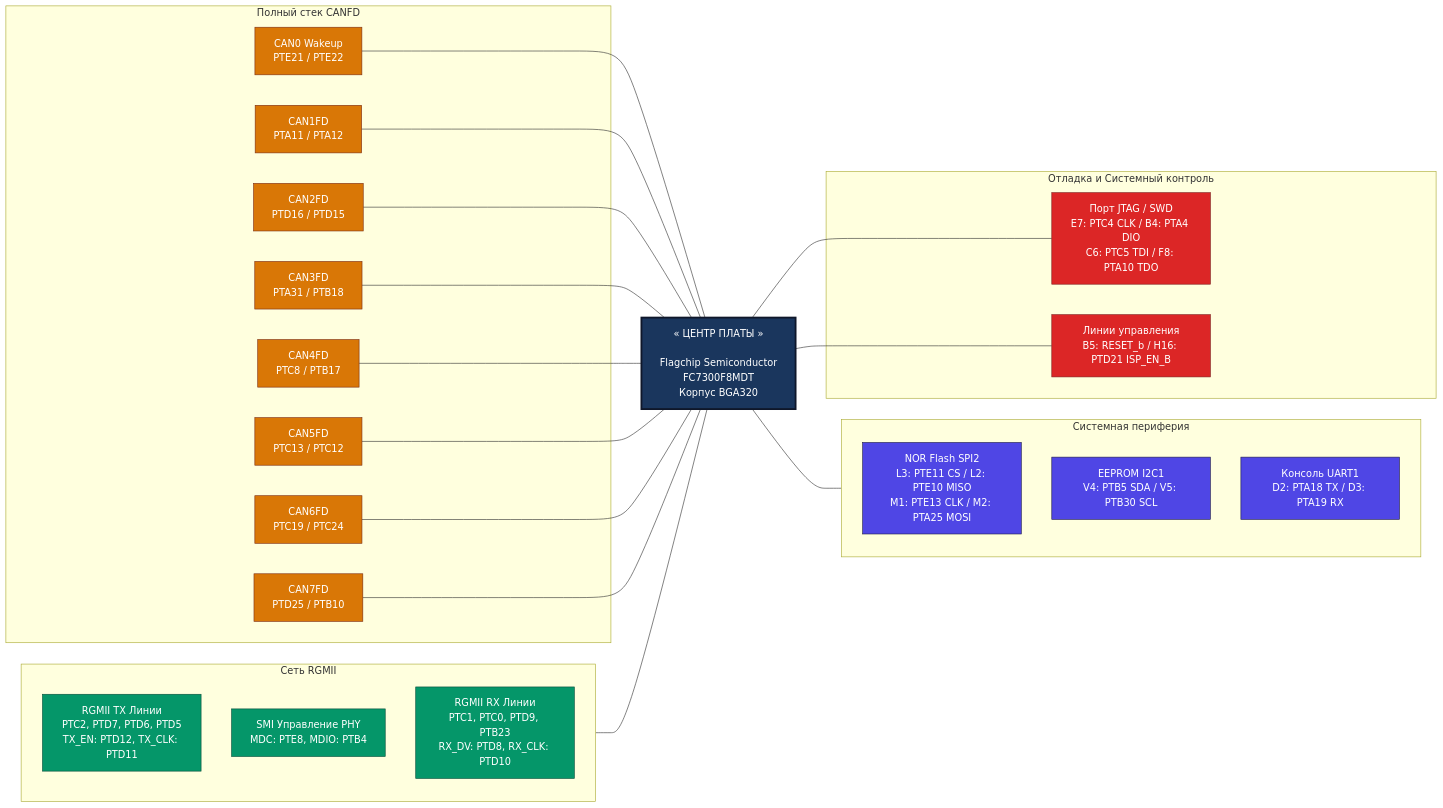
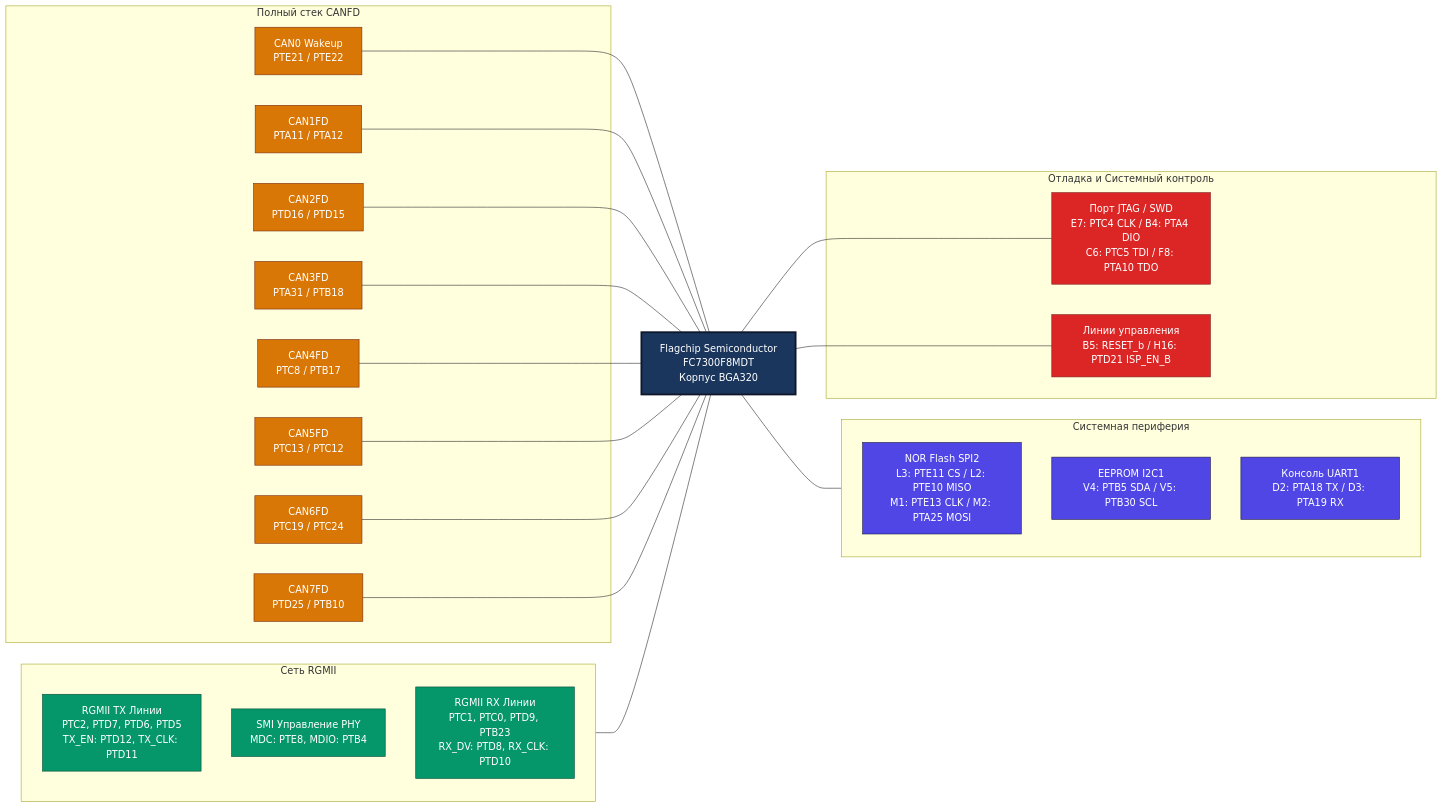
The diagram in hardware/schematics/fc7300-hat-fbd.md (sdyspb/can-fd-logger), drawn with Mermaid before and after one commit.

````diff
--- a/hardware/schematics/fc7300-hat-fbd.md
+++ b/hardware/schematics/fc7300-hat-fbd.md
@@ -3,72 +3,72 @@
 ```mermaid
 graph LR
     %% Стилизация компонентов
     classDef mcu fill:#1a365d,stroke:#0f172a,stroke-width:3px,color:#ffffff;
     classDef can fill:#d97706,stroke:#7c2d12,stroke-width:1px,color:#ffffff;
     classDef eth fill:#059669,stroke:#064e3b,stroke-width:1px,color:#ffffff;
     classDef debug fill:#dc2626,stroke:#7f1d1d,stroke-width:1px,color:#ffffff;
     classDef peri fill:#4f46e5,stroke:#1e1b4b,stroke-width:1px,color:#ffffff;
 
     %% -------------------------------------------------------------
     %% ИНТЕРФЕЙСЫ CANFD
     %% -------------------------------------------------------------
     subgraph CANFD_Stack [Полный стек CANFD]
         CAN_W[CAN0 Wakeup<br>PTE21 / PTE22]:::can
         CAN1[CAN1FD<br>PTA11 / PTA12]:::can
         CAN2[CAN2FD<br>PTD16 / PTD15]:::can
         CAN3[CAN3FD<br>PTA31 / PTB18]:::can
         CAN4[CAN4FD<br>PTC8 / PTB17]:::can
         CAN5[CAN5FD<br>PTC13 / PTC12]:::can
         CAN6[CAN6FD<br>PTC19 / PTC24]:::can
         CAN7[CAN7FD<br>PTD25 / PTB10]:::can
     end
 
     %% -------------------------------------------------------------
     %% СЕТЕВОЙ ИНТЕРФЕЙС ETHERNET
     %% -------------------------------------------------------------
     subgraph ETH_Stack [Сеть RGMII]
         RGMII_TX[RGMII TX Линии<br>PTC2, PTD7, PTD6, PTD5<br>TX_EN: PTD12, TX_CLK: PTD11]:::eth
         SMI_MGMT[SMI Управление PHY<br>MDC: PTE8, MDIO: PTB4]:::eth
         RGMII_RX[RGMII RX Линии<br>PTC1, PTC0, PTD9, PTB23<br>RX_DV: PTD8, RX_CLK: PTD10]:::eth
     end
 
     %% -------------------------------------------------------------
     %% ЦЕНТРАЛЬНЫЙ ПРОЦЕССОР
     %% -------------------------------------------------------------
-    MCU[« ЦЕНТР ПЛАТЫ »<br><br>Flagchip Semiconductor<br>FC7300F8MDT<br>Корпус BGA320]:::mcu
+    MCU[Flagchip Semiconductor<br>FC7300F8MDT<br>Корпус BGA320]:::mcu
 
     %% -------------------------------------------------------------
     %% СИСТЕМНАЯ ПЕРИФЕРИЯ ПЛАТЫ
     %% -------------------------------------------------------------
     subgraph PERI_Stack [Системная периферия]
         SPI_FLASH[NOR Flash SPI2<br>L3: PTE11 CS / L2: PTE10 MISO<br>M1: PTE13 CLK / M2: PTA25 MOSI]:::peri
         I2C_EEPROM[EEPROM I2C1<br>V4: PTB5 SDA / V5: PTB30 SCL]:::peri
         UART_CONS[Консоль UART1<br>D2: PTA18 TX / D3: PTA19 RX]:::peri
     end
 
     %% -------------------------------------------------------------
     %% ОТЛАДКА, ПРОГРАММИРОВАНИЕ И УПРАВЛЕНИЕ
     %% -------------------------------------------------------------
     subgraph DEBUG_Stack [Отладка и Системный контроль]
         DEBUG_PORT[Порт JTAG / SWD<br>E7: PTC4 CLK / B4: PTA4 DIO<br>C6: PTC5 TDI / F8: PTA10 TDO]:::debug
         SYS_CTRL[Линии управления<br>B5: RESET_b / H16: PTD21 ISP_EN_B]:::debug
     end
 
     %% -------------------------------------------------------------
     %% БЕЗНАПРАВЛЕННЫЕ СВЯЗИ ДЛЯ КОРРЕКТНОЙ ГЕОМЕТРИИ ОКРУЖЕНИЯ
     %% -------------------------------------------------------------
     ETH_Stack --- MCU
     MCU --- PERI_Stack
 
     CAN_W --- MCU
     CAN1 --- MCU
     CAN2 --- MCU
     CAN3 --- MCU
     CAN4 --- MCU
     CAN5 --- MCU
     CAN6 --- MCU
     CAN7 --- MCU
 
     MCU --- DEBUG_PORT
     MCU --- SYS_CTRL
 ```
````
